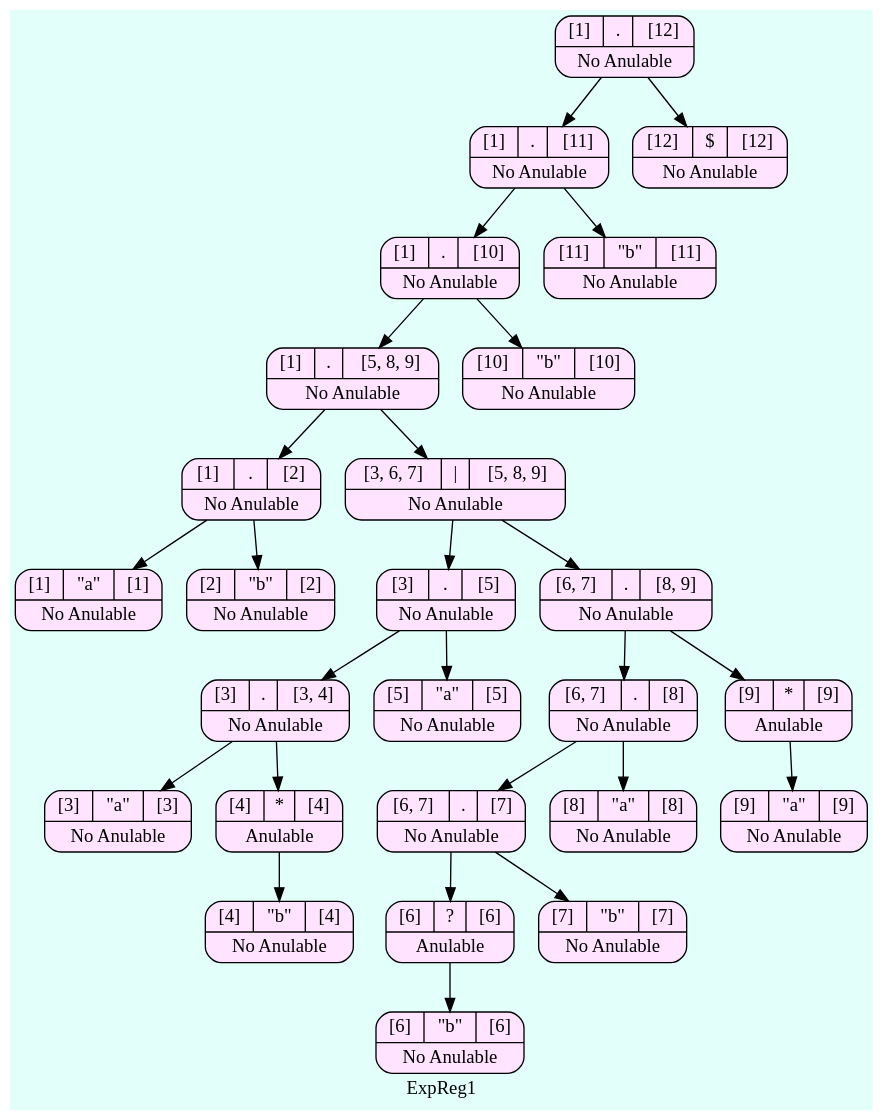
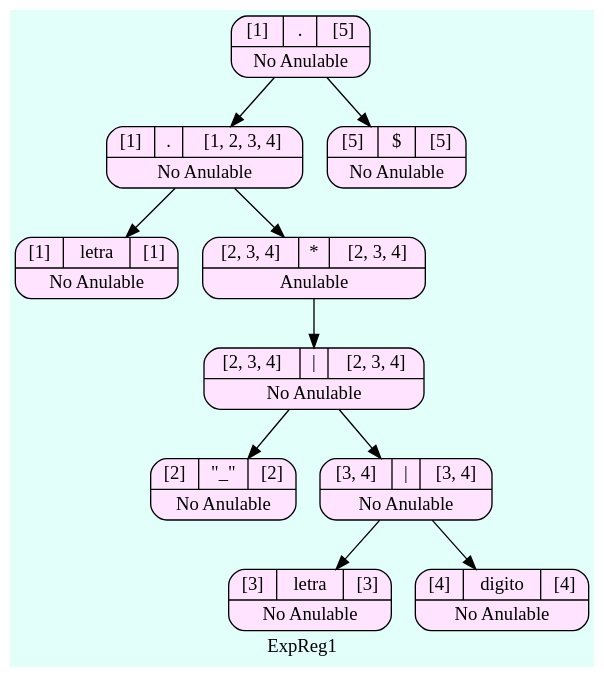
One commit to SergieArizandieta/OLC1-P1-202000119 changed the diagram in ARBOLES_202000119/Arbol_ExpReg1.dot. Above: the diagram before and after it, drawn with Graphviz. The commit also changed 41 other files, not shown here.

```diff
--- a/ARBOLES_202000119/Arbol_ExpReg1.dot
+++ b/ARBOLES_202000119/Arbol_ExpReg1.dot
@@ -1,57 +1,25 @@
 digraph structs {
   bgcolor = "#E3FFFA"
    node [shape=Mrecord fillcolor="#FFE3FF" style =filled];
 label ="ExpReg1"
-    struct447145937    [label="{{[1]|<here>.|[12]}|No Anulable}"];
-    struct447145937-> struct1591495228
-    struct1591495228    [label="{{[1]|<here>.|[11]}|No Anulable}"];
-    struct1591495228-> struct638767220
-    struct638767220    [label="{{[1]|<here>.|[10]}|No Anulable}"];
-    struct638767220-> struct932800683
-    struct932800683    [label="{{[1]|<here>.|[5, 8, 9]}|No Anulable}"];
-    struct932800683-> struct447515110
-    struct447515110    [label="{{[1]|<here>.|[2]}|No Anulable}"];
-    struct447515110-> struct639479077
-    struct639479077    [label="{{[1]|<here>\"a\"|[1]}|No Anulable}"];
-    struct447515110-> struct373049570
-    struct373049570    [label="{{[2]|<here>\"b\"|[2]}|No Anulable}"];
-    struct932800683-> struct1788655294
-    struct1788655294    [label="{{[3, 6, 7]|<here>\||[5, 8, 9]}|No Anulable}"];
-    struct1788655294-> struct335671730
-    struct335671730    [label="{{[3]|<here>.|[5]}|No Anulable}"];
-    struct335671730-> struct1606292114
-    struct1606292114    [label="{{[3]|<here>.|[3, 4]}|No Anulable}"];
-    struct1606292114-> struct733035231
-    struct733035231    [label="{{[3]|<here>\"a\"|[3]}|No Anulable}"];
-    struct1606292114-> struct613896273
-    struct613896273    [label="{{[4]|<here>*|[4]}|Anulable}"];
-    struct613896273-> struct1065400592
-    struct1065400592    [label="{{[4]|<here>\"b\"|[4]}|No Anulable}"];
-    struct335671730-> struct268764912
-    struct268764912    [label="{{[5]|<here>\"a\"|[5]}|No Anulable}"];
-    struct1788655294-> struct851485165
-    struct851485165    [label="{{[6, 7]|<here>.|[8, 9]}|No Anulable}"];
-    struct851485165-> struct743143996
-    struct743143996    [label="{{[6, 7]|<here>.|[8]}|No Anulable}"];
-    struct743143996-> struct381226652
-    struct381226652    [label="{{[6, 7]|<here>.|[7]}|No Anulable}"];
-    struct381226652-> struct783525949
-    struct783525949    [label="{{[6]|<here>?|[6]}|Anulable}"];
-    struct783525949-> struct432782287
-    struct432782287    [label="{{[6]|<here>\"b\"|[6]}|No Anulable}"];
-    struct381226652-> struct1848031312
-    struct1848031312    [label="{{[7]|<here>\"b\"|[7]}|No Anulable}"];
-    struct743143996-> struct817207014
-    struct817207014    [label="{{[8]|<here>\"a\"|[8]}|No Anulable}"];
-    struct851485165-> struct57942669
-    struct57942669    [label="{{[9]|<here>*|[9]}|Anulable}"];
-    struct57942669-> struct1193669871
-    struct1193669871    [label="{{[9]|<here>\"a\"|[9]}|No Anulable}"];
-    struct638767220-> struct479862883
-    struct479862883    [label="{{[10]|<here>\"b\"|[10]}|No Anulable}"];
-    struct1591495228-> struct296880
-    struct296880    [label="{{[11]|<here>\"b\"|[11]}|No Anulable}"];
-    struct447145937-> struct583449975
-    struct583449975    [label="{{[12]|<here>$|[12]}|No Anulable}"];
+    struct1713186052    [label="{{[1]|<here>.|[5]}|No Anulable}"];
+    struct1713186052-> struct257100195
+    struct257100195    [label="{{[1]|<here>.|[1, 2, 3, 4]}|No Anulable}"];
+    struct257100195-> struct1043998140
+    struct1043998140    [label="{{[1]|<here>letra|[1]}|No Anulable}"];
+    struct257100195-> struct1783139885
+    struct1783139885    [label="{{[2, 3, 4]|<here>*|[2, 3, 4]}|Anulable}"];
+    struct1783139885-> struct1710400357
+    struct1710400357    [label="{{[2, 3, 4]|<here>\||[2, 3, 4]}|No Anulable}"];
+    struct1710400357-> struct1929093225
+    struct1929093225    [label="{{[2]|<here>\"_\"|[2]}|No Anulable}"];
+    struct1710400357-> struct486767695
+    struct486767695    [label="{{[3, 4]|<here>\||[3, 4]}|No Anulable}"];
+    struct486767695-> struct865382436
+    struct865382436    [label="{{[3]|<here>letra|[3]}|No Anulable}"];
+    struct486767695-> struct1133368504
+    struct1133368504    [label="{{[4]|<here>digito|[4]}|No Anulable}"];
+    struct1713186052-> struct1826282568
+    struct1826282568    [label="{{[5]|<here>$|[5]}|No Anulable}"];
 
 }
```
